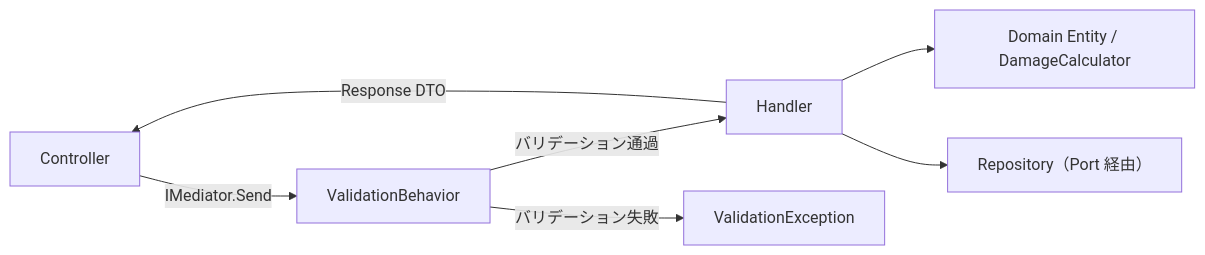
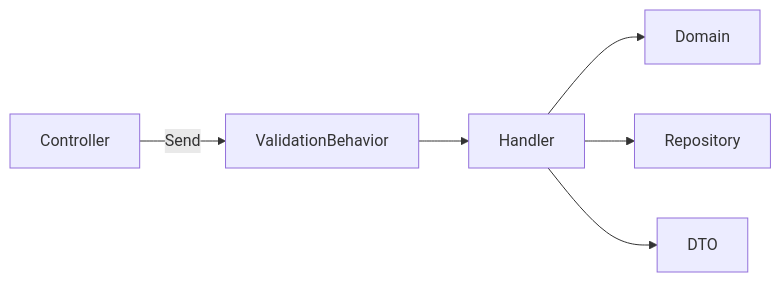
Before and after one commit to p-o-ke-nae/pokemondamagecalculatorforstory: the diagram in docs/design/cqrs-handlers.md, drawn with Mermaid. The commit also changed other lines of this file and 67 other files, not shown here.

````diff
--- a/docs/design/cqrs-handlers.md
+++ b/docs/design/cqrs-handlers.md
@@ -25,9 +26,8 @@
 ```mermaid
 flowchart LR
-    Controller -->|IMediator.Send| ValidationBehavior
-    ValidationBehavior -->|バリデーション通過| Handler
-    ValidationBehavior -->|バリデーション失敗| ValidationError["ValidationException"]
-    Handler --> Domain["Domain Entity / DamageCalculator"]
-    Handler --> Repository["Repository（Port 経由）"]
-    Handler -->|Response DTO| Controller
+    Controller -->|Send| ValidationBehavior
+    ValidationBehavior --> Handler
+    Handler --> Domain
+    Handler --> Repository
+    Handler --> DTO
 ```
````
